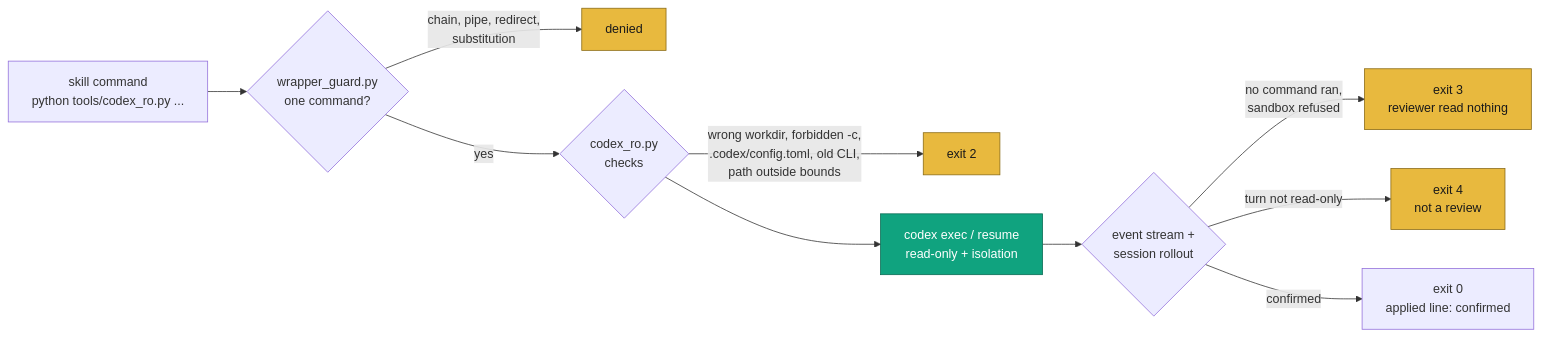
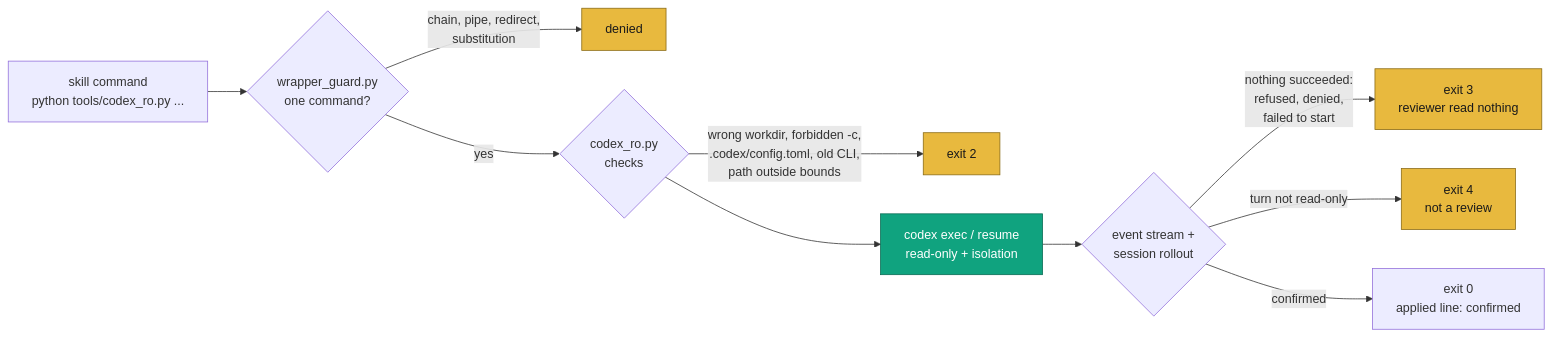
The seventh of 9 diagrams in README.md (ujconsulting/claudex-loop), drawn with Mermaid before and after one commit. The commit also changed other lines of this file and 12 other files, not shown here.

````diff
--- a/README.md
+++ b/README.md
@@ -292,16 +292,16 @@
 ```mermaid
 flowchart LR
     C["skill command<br>python tools/codex_ro.py ..."] --> GD{"wrapper_guard.py<br>one command?"}
     GD -- "chain, pipe, redirect,<br>substitution" --> DN["denied"]
     GD -- "yes" --> WR{"codex_ro.py<br>checks"}
     WR -- "wrong workdir, forbidden -c,<br>.codex/config.toml, old CLI,<br>path outside bounds" --> E2["exit 2"]
     WR --> CX["codex exec / resume<br>read-only + isolation"]
     CX --> RL{"event stream +<br>session rollout"}
-    RL -- "no command ran,<br>sandbox refused" --> E3["exit 3<br>reviewer read nothing"]
+    RL -- "nothing succeeded:<br>refused, denied,<br>failed to start" --> E3["exit 3<br>reviewer read nothing"]
     RL -- "turn not read-only" --> E4["exit 4<br>not a review"]
     RL -- "confirmed" --> OK["exit 0<br>applied line: confirmed"]
     classDef adversary fill:#10a37f,stroke:#0a6b54,color:#fff
     classDef human fill:#e8b93e,stroke:#8a6a14,color:#1a1a1a
     class CX adversary
     class DN,E2,E3,E4 human
 ```
````
